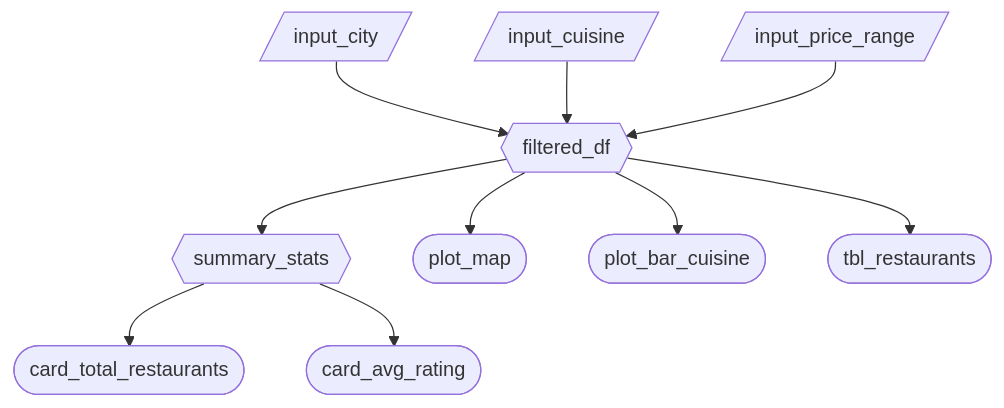
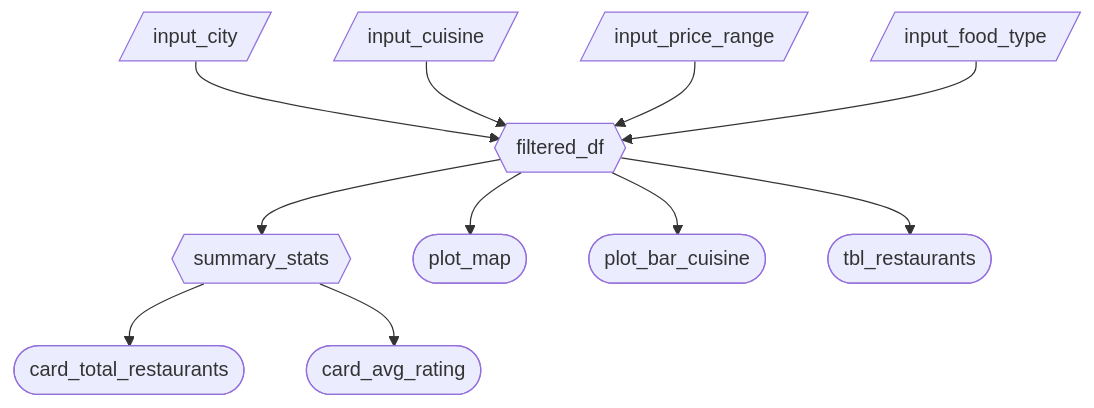
Before and after one commit to UBC-MDS/DSCI-532_2026_23_foodlytics: the diagram in reports/m2_spec.md, drawn with Mermaid. The commit also changed other lines of this file, not shown here.

Commit message:
added input_food_type to address issue

````diff
--- a/reports/m2_spec.md
+++ b/reports/m2_spec.md
@@ -32,12 +33,13 @@
 ```mermaid
 flowchart TD
-  A[/input_city/] --> D{{filtered_df}}
-  B[/input_cuisine/] --> D
-  C[/input_price_range/] --> D
-  D --> E{{summary_stats}}
-  E --> F([card_total_restaurants])
-  E --> G([card_avg_rating])
-  D --> H([plot_map])
-  D --> I([plot_bar_cuisine])
-  D --> J([tbl_restaurants])
+  A[/input_city/] --> E{{filtered_df}}
+  B[/input_cuisine/] --> E
+  C[/input_price_range/] --> E
+  D[/input_food_type/] --> E
+  E --> F{{summary_stats}}
+  F --> G([card_total_restaurants])
+  F --> H([card_avg_rating])
+  E --> I([plot_map])
+  E --> J([plot_bar_cuisine])
+  E --> K([tbl_restaurants])
 ```
````
